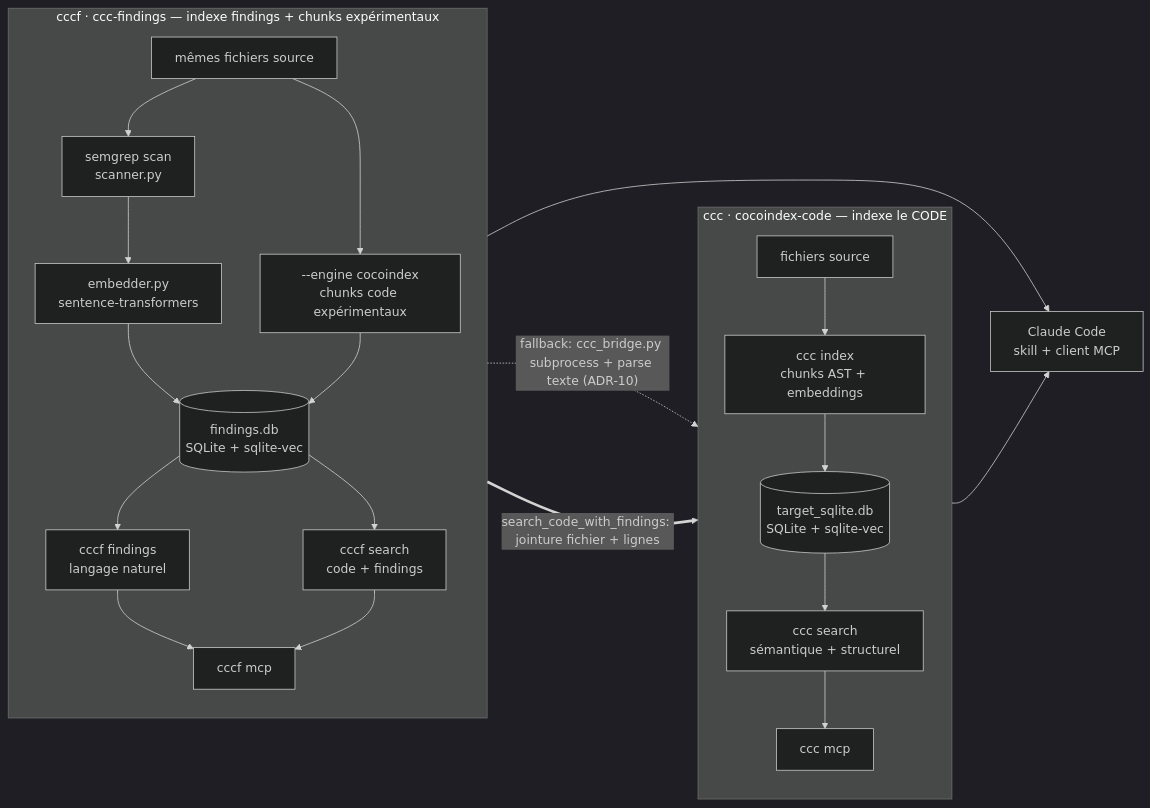
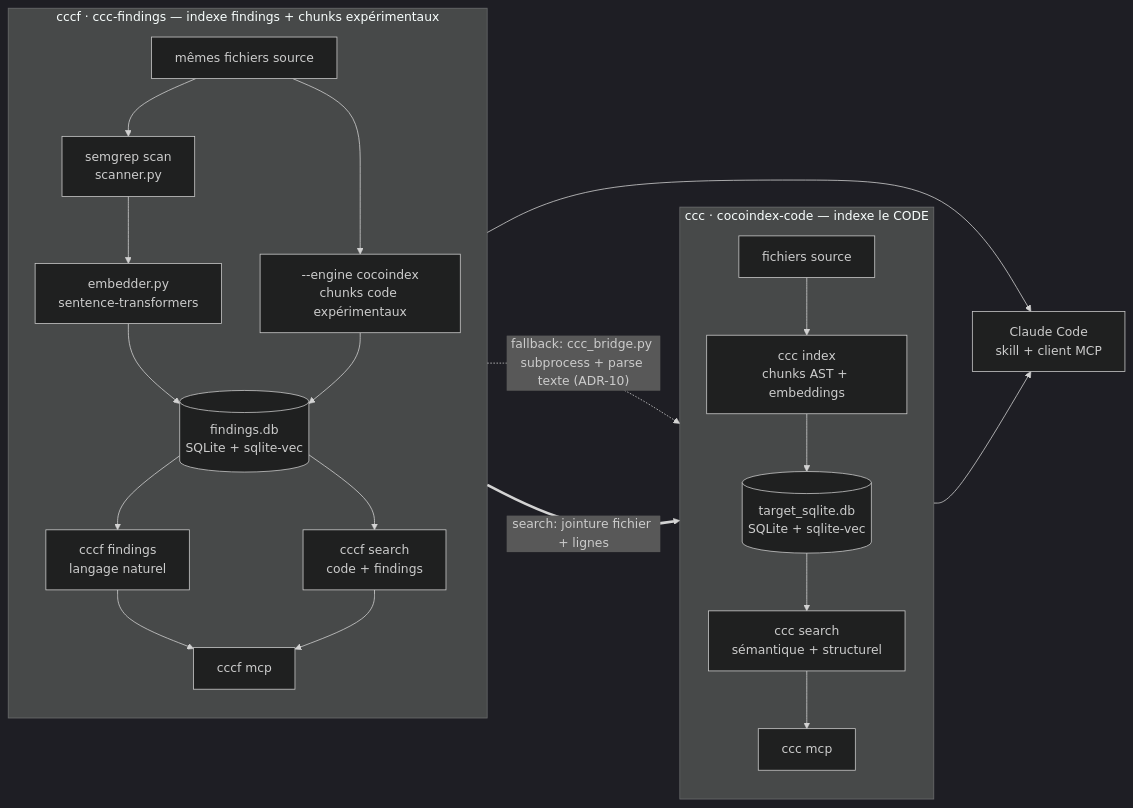
One commit to elkouhen/ccc-findings changed the diagram in README.md. Above: the diagram before and after it, drawn with Mermaid (dark theme). The commit also changed other lines of this file and 2 other files, not shown here.

````diff
--- a/README.md
+++ b/README.md
@@ -20,39 +20,39 @@
 ```mermaid
 flowchart LR
     subgraph ccc["ccc · cocoindex-code — indexe le CODE"]
         direction TB
         CODE["fichiers source"] --> CIDX["ccc index
 chunks AST + embeddings"]
         CIDX --> CDB[("target_sqlite.db
 SQLite + sqlite-vec")]
         CDB --> CSEARCH["ccc search
 sémantique + structurel"]
         CSEARCH --> CMCP["ccc mcp"]
     end
 
     subgraph cccf["cccf · ccc-findings — indexe findings + chunks expérimentaux"]
         direction TB
         REPO["mêmes fichiers source"] --> SCAN["semgrep scan
 scanner.py"]
         SCAN --> EMB["embedder.py
 sentence-transformers"]
         EMB --> FDB[("findings.db
 SQLite + sqlite-vec")]
         REPO --> XCHUNKS["--engine cocoindex
 chunks code expérimentaux"]
         XCHUNKS --> FDB
         FDB --> FFIND["cccf findings
 langage naturel"]
         FDB --> FSEARCH["cccf search
 code + findings"]
         FFIND --> FMCP["cccf mcp"]
         FSEARCH --> FMCP
     end
 
     FSEARCH -. "fallback: ccc_bridge.py subprocess + parse texte (ADR-10)" .-> CSEARCH
-    FMCP == "search_code_with_findings: jointure fichier + lignes" ==> CMCP
+    FMCP == "search: jointure fichier + lignes" ==> CMCP
 
     CMCP --> AGENT["Claude Code
 skill + client MCP"]
     FMCP --> AGENT
 ```
````
